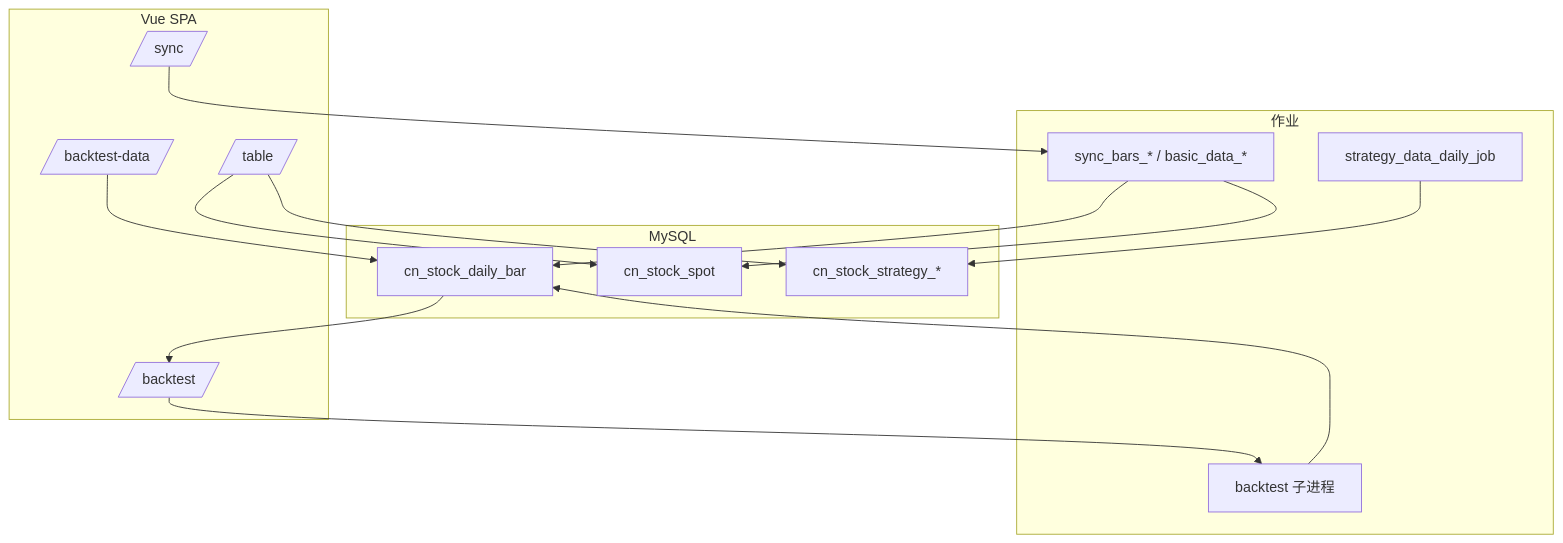
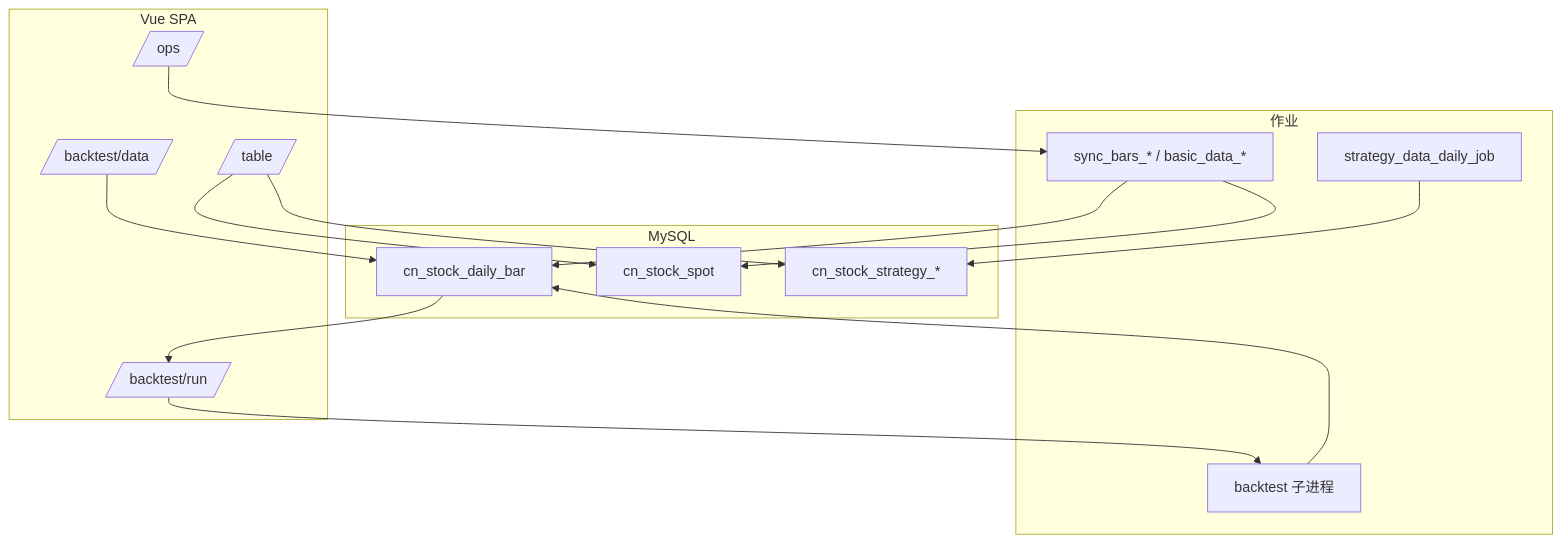
Before and after one commit to yelvon/instock: the third of 3 diagrams in docs/架构与前端总览.md, drawn with Mermaid. The commit also changed other lines of this file and 17 other files, not shown here.

````diff
--- a/docs/架构与前端总览.md
+++ b/docs/架构与前端总览.md
@@ -214,29 +214,29 @@
 ```mermaid
 flowchart TB
   subgraph jobs["作业"]
     J1[sync_bars_* / basic_data_*]
     J2[strategy_data_daily_job]
     J3[backtest 子进程]
   end
   subgraph db["MySQL"]
     BAR[cn_stock_daily_bar]
     SPOT[cn_stock_spot]
     STRAT[cn_stock_strategy_*]
   end
   subgraph vue["Vue SPA"]
-    SYNC[/sync/]
-    BDATA[/backtest-data/]
-    BT[/backtest/]
+    OPS[/ops/]
+    BDATA[/backtest/data/]
+    BT[/backtest/run/]
     TBL[/table/]
   end
   J1 --> BAR
   J1 --> SPOT
   J2 --> STRAT
   J3 --> BAR
   BAR --> BT
-  SYNC --> J1
+  OPS --> J1
   BDATA --> BAR
   BT --> J3
   TBL --> SPOT
   TBL --> STRAT
 ```
````
